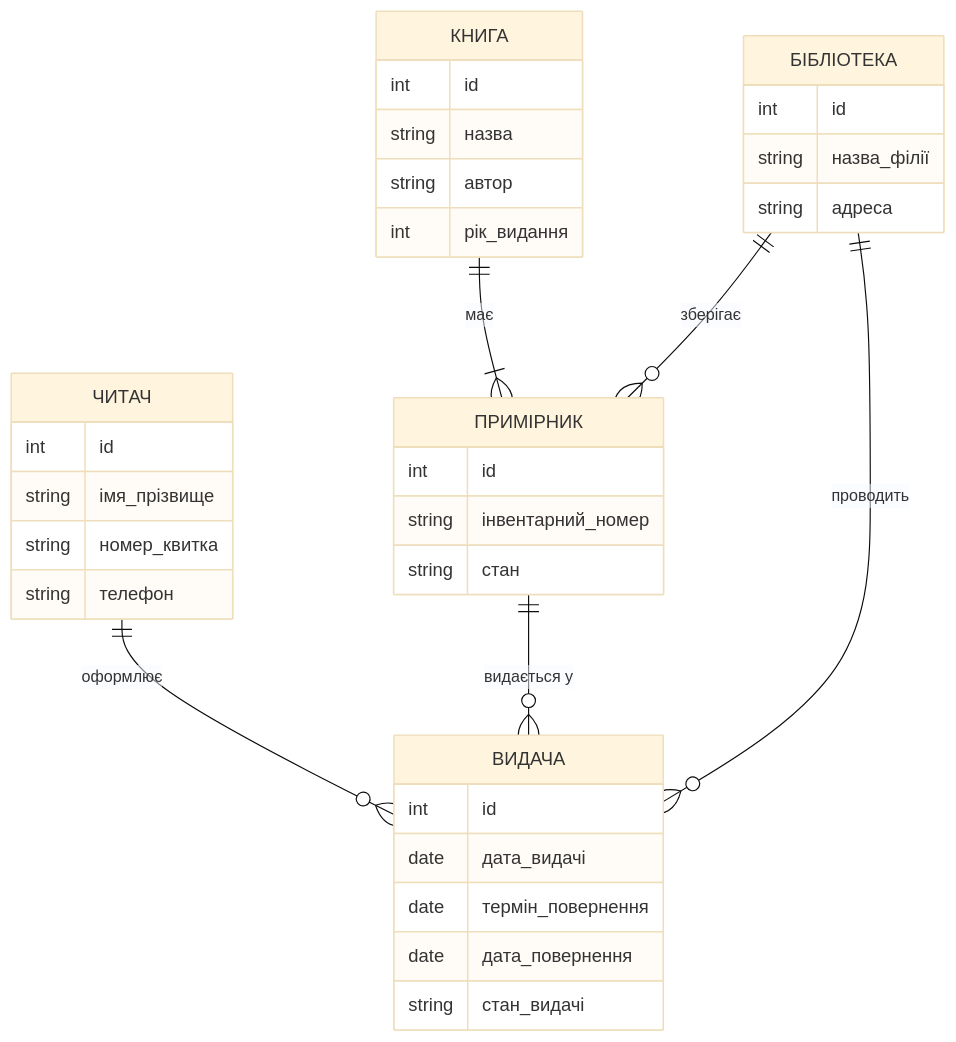
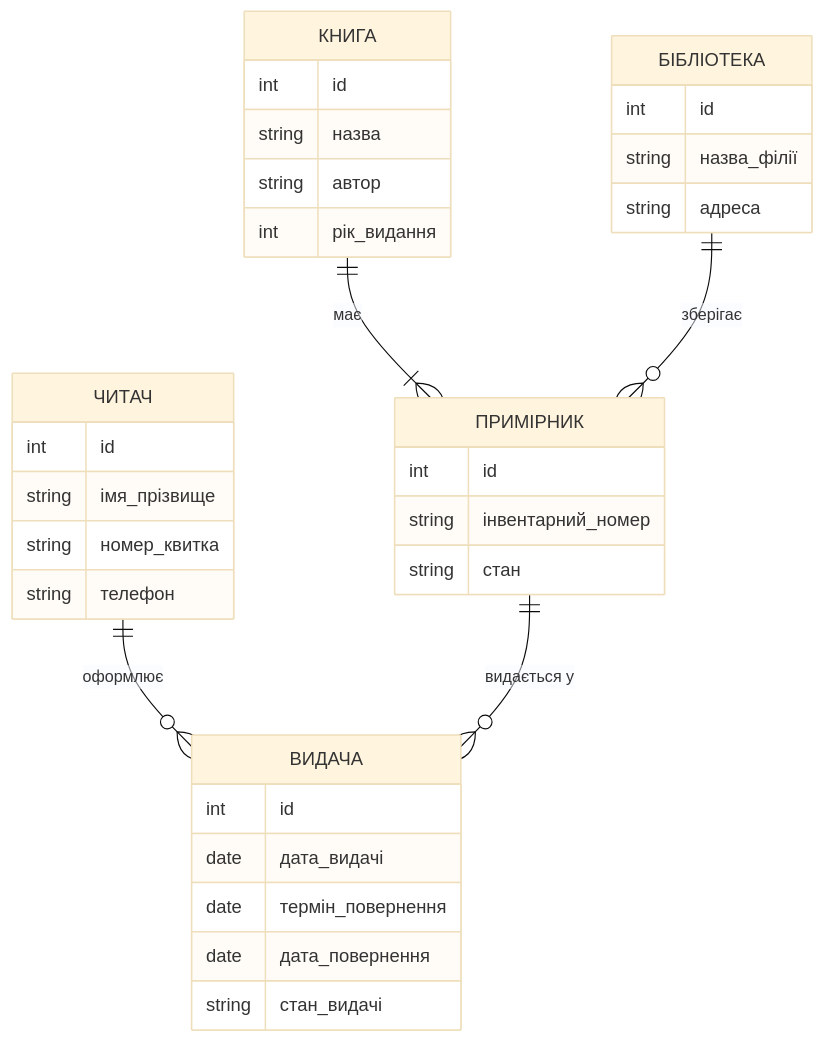
The diagram in docs/er-model.md (QkiS-00/se-requirements), drawn with Mermaid (base theme) before and after one commit.

Commit message:
Оновив ER-модель: прибрав зв'язок Бібліотека–Видача відповідно до spec

````diff
--- a/docs/er-model.md
+++ b/docs/er-model.md
@@ -3,38 +3,37 @@
 ```mermaid
 erDiagram
     КНИГА ||--|{ ПРИМІРНИК : "має"
     БІБЛІОТЕКА ||--o{ ПРИМІРНИК : "зберігає"
     ЧИТАЧ ||--o{ ВИДАЧА : "оформлює"
     ПРИМІРНИК ||--o{ ВИДАЧА : "видається у"
-    БІБЛІОТЕКА ||--o{ ВИДАЧА : "проводить"
 
     ЧИТАЧ {
         int id
         string імя_прізвище
         string номер_квитка
         string телефон
     }
     КНИГА {
         int id
         string назва
         string автор
         int рік_видання
     }
     ПРИМІРНИК {
         int id
         string інвентарний_номер
         string стан
     }
     БІБЛІОТЕКА {
         int id
         string назва_філії
         string адреса
     }
     ВИДАЧА {
         int id
         date дата_видачі
         date термін_повернення
         date дата_повернення
         string стан_видачі
     }
 ```
````
